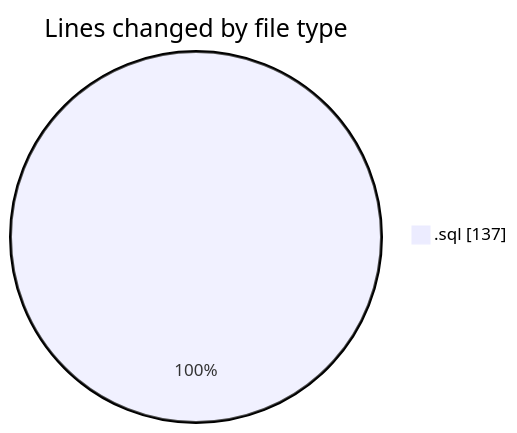
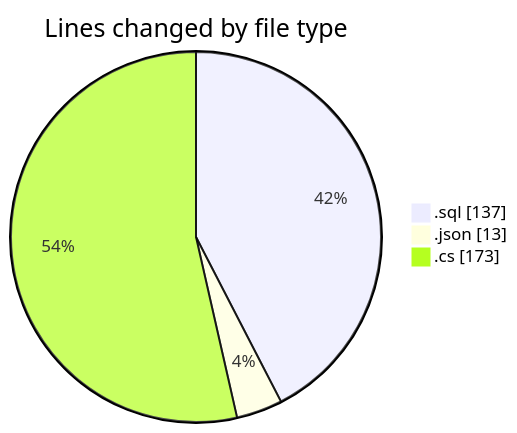
The first of 2 diagrams in 2025-07-14/nhahang/README.md (lephambinh05/code-tracking), drawn with Mermaid before and after one commit. The commit also changed other lines of this file and 1 other file, not shown here.

````diff
--- a/2025-07-14/nhahang/README.md
+++ b/2025-07-14/nhahang/README.md
@@ -20,5 +25,7 @@
 ```mermaid
 pie showData
 title Lines changed by file type
 ".sql" : 137
+".json" : 13
+".cs" : 173
 ```
````
